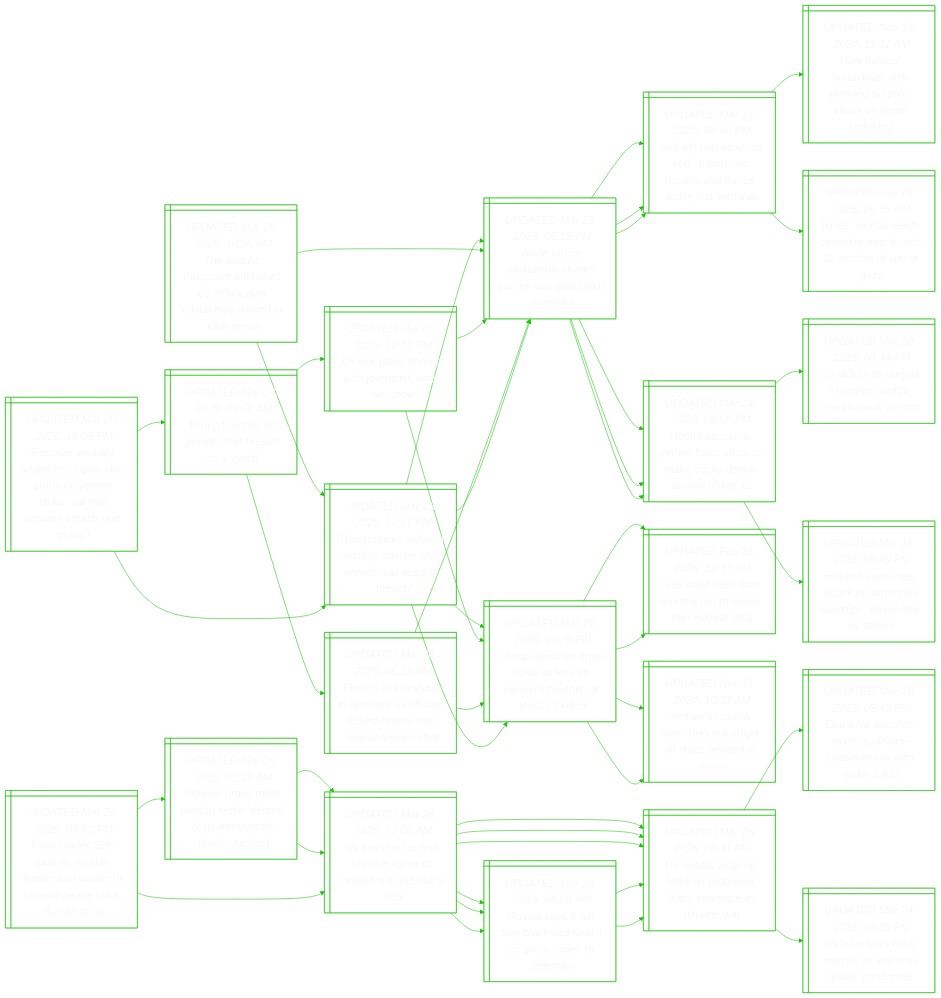
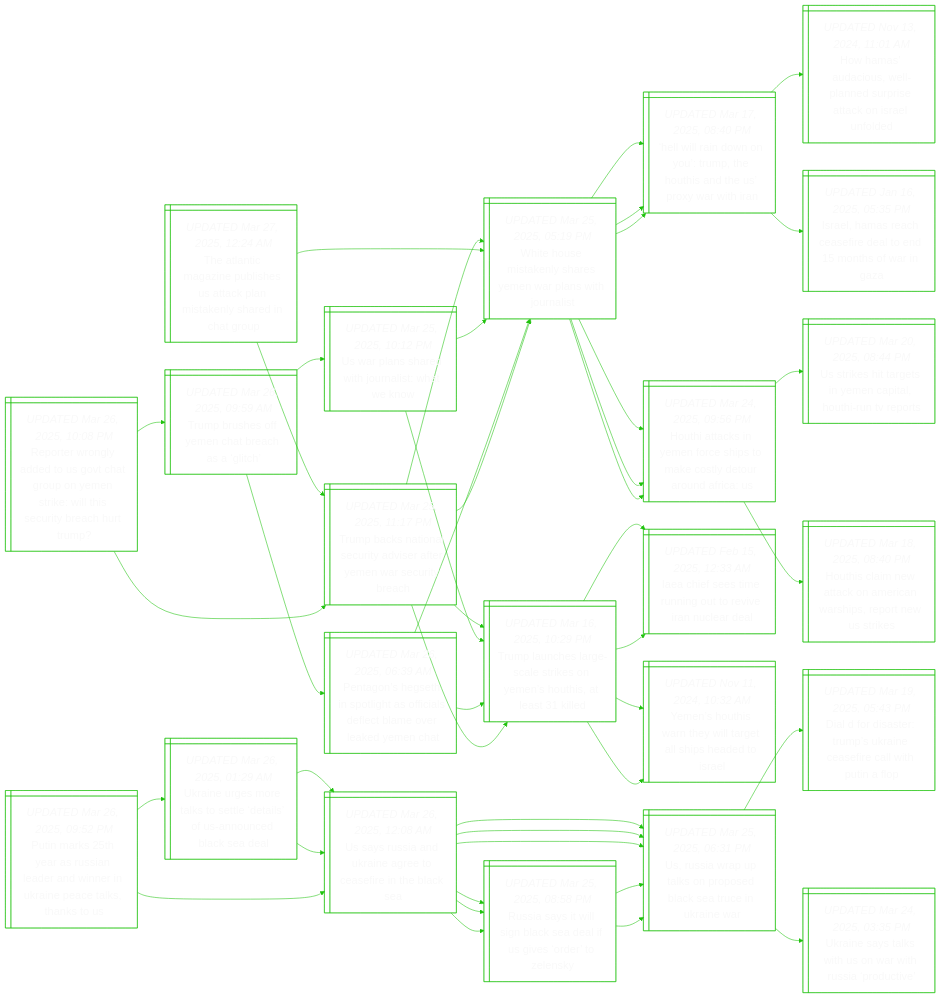
The diagram in README.md (notJmes/notJmes), drawn with Mermaid before and after one commit. The commit also changed other lines of this file, not shown here.

```diff
--- a/README.md
+++ b/README.md
@@ -16,7 +16,7 @@
 flowchart LR
 classDef txtsize font-size:20px;
 
-Tlczuhakmksdau@{ shape: win-pane, label: "_UPDATED Mar 26, 2025, 10:55 PM_
+Tlczuhakmksdau@{ shape: win-pane, label: "_UPDATED Mar 27, 2025, 12:24 AM_
 The atlantic magazine publishes us attack plan mistakenly shared in chat group" }
 Tbnncystmrrr@{ shape: win-pane, label: "_UPDATED Mar 25, 2025, 11:17 PM_
 Trump backs national security adviser after yemen war security breach" }
```
